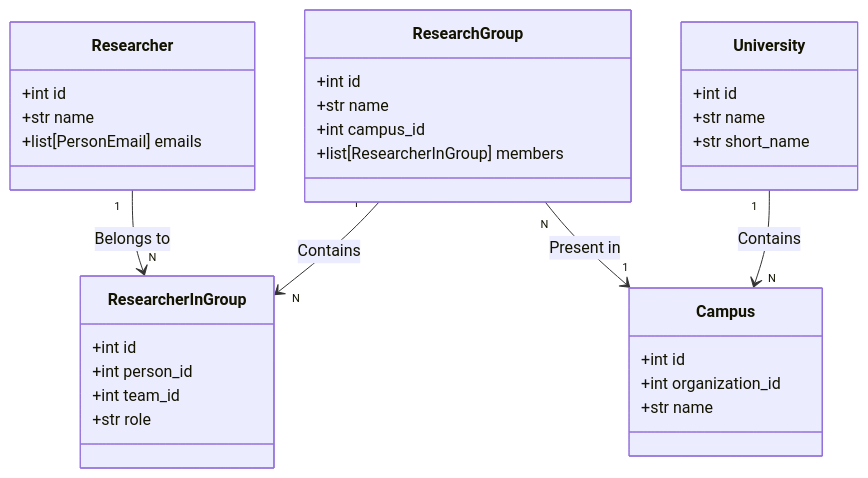
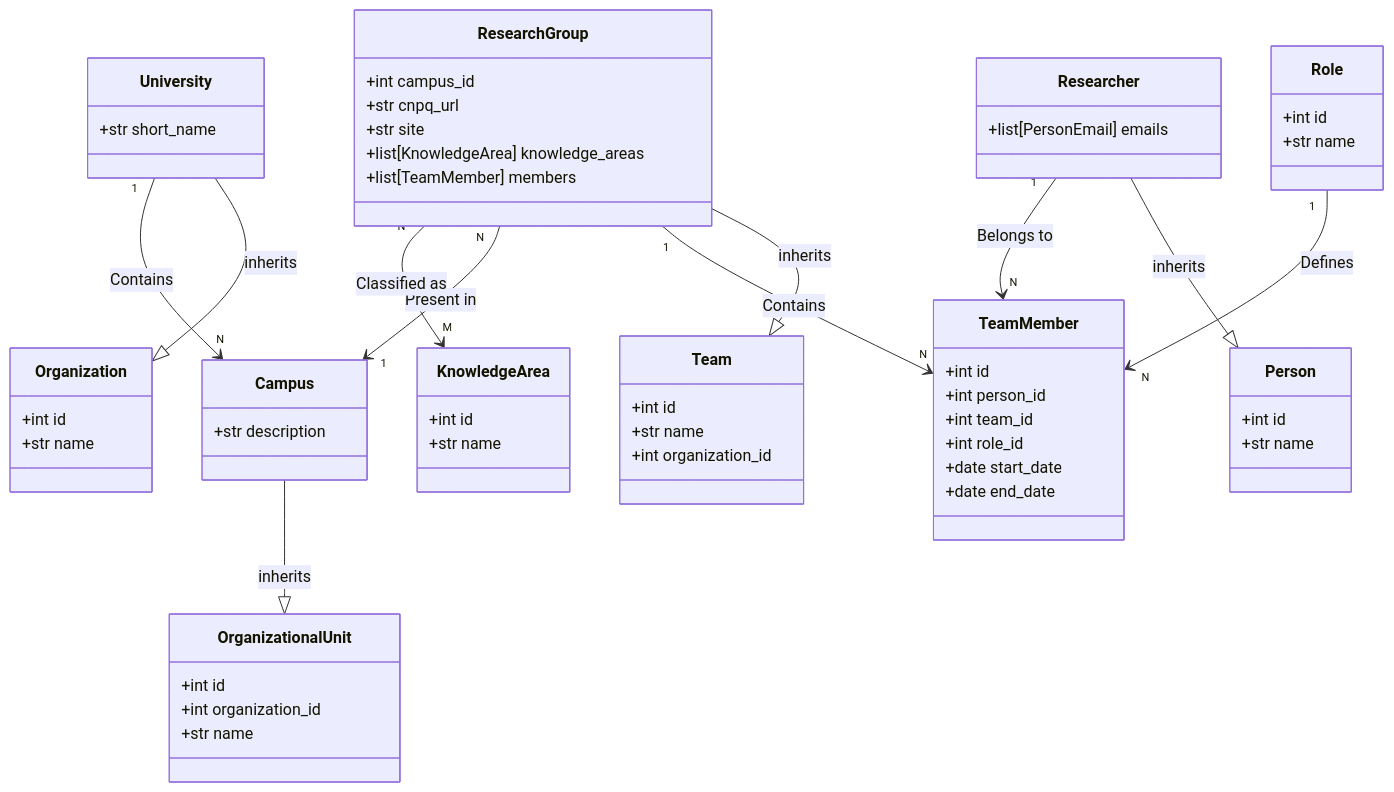
The first of 4 diagrams in docs/sdd.md (The-Band-Solution/ResearchDomain), drawn with Mermaid before and after one commit. The commit also changed other lines of this file and 19 other files, not shown here.

Commit message:
feat: implement research group metadata, many-to-many knowledge areas and leadership roles

````diff
--- a/docs/sdd.md
+++ b/docs/sdd.md
@@ -110,41 +133,76 @@
 ```mermaid
 classDiagram
-    %% Entities
-    class Researcher {
+    %% Base Classes (eo_lib/libbase)
+    class Person {
         +int id
         +str name
-        +list[PersonEmail] emails
     }
-
-    class ResearchGroup {
+    class Team {
         +int id
         +str name
-        +int campus_id
-        +list[ResearcherInGroup] members
+        +int organization_id
     }
-
-    class ResearcherInGroup {
-        +int id
-        +int person_id
-        +int team_id
-        +str role
-    }
-    
-    class University {
+    class Organization {
         +int id
         +str name
-        +str short_name
     }
-
-    class Campus {
+    class OrganizationalUnit {
         +int id
         +int organization_id
         +str name
     }
 
+    %% Research Domain Entities
+    class Researcher {
+        +list[PersonEmail] emails
+    }
+
+    class ResearchGroup {
+        +int campus_id
+        +str cnpq_url
+        +str site
+        +list[KnowledgeArea] knowledge_areas
+        +list[TeamMember] members
+    }
+
+    class University {
+        +str short_name
+    }
+
+    class Campus {
+        +str description
+    }
+
+    class KnowledgeArea {
+        +int id
+        +str name
+    }
+
+    class Role {
+        +int id
+        +str name
+    }
+
+    class TeamMember {
+        +int id
+        +int person_id
+        +int team_id
+        +int role_id
+        +date start_date
+        +date end_date
+    }
+
+    %% Inheritance
+    Researcher --|> Person : inherits
+    ResearchGroup --|> Team : inherits
+    University --|> Organization : inherits
+    Campus --|> OrganizationalUnit : inherits
+
     %% Relationships
-    Researcher "1" --> "N" ResearcherInGroup : Belongs to
-    ResearchGroup "1" --> "N" ResearcherInGroup : Contains
+    Researcher "1" --> "N" TeamMember : Belongs to
+    ResearchGroup "1" --> "N" TeamMember : Contains
+    Role "1" --> "N" TeamMember : Defines
     University "1" --> "N" Campus : Contains
     ResearchGroup "N" --> "1" Campus : Present in
+    ResearchGroup "N" --> "M" KnowledgeArea : Classified as
 ```
````
